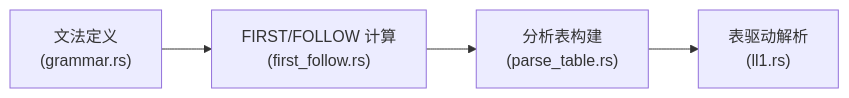
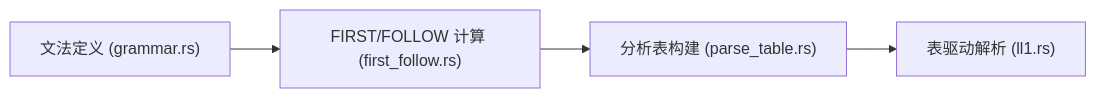
One commit to ExTNT/snl_compiler changed the sixth of 8 diagrams in PROGRAM_FLOW.md. Above: the diagram before and after it, drawn with Mermaid. The commit also changed other lines of this file and 32 other files, not shown here.

````diff
--- a/PROGRAM_FLOW.md
+++ b/PROGRAM_FLOW.md
@@ -117,6 +139,6 @@
 ```mermaid
 flowchart LR
-    G["文法定义<br/>(grammar.rs)"] --> FF["FIRST/FOLLOW 计算<br/>(first_follow.rs)"]
-    FF --> PT["分析表构建<br/>(parse_table.rs)"]
-    PT --> LL1["表驱动解析<br/>(ll1.rs)"]
+    G["文法定义 (grammar.rs)"] --> FF["FIRST/FOLLOW 计算 (first_follow.rs)"]
+    FF --> PT["分析表构建 (parse_table.rs)"]
+    PT --> LL1["表驱动解析 (ll1.rs)"]
 ```
````
